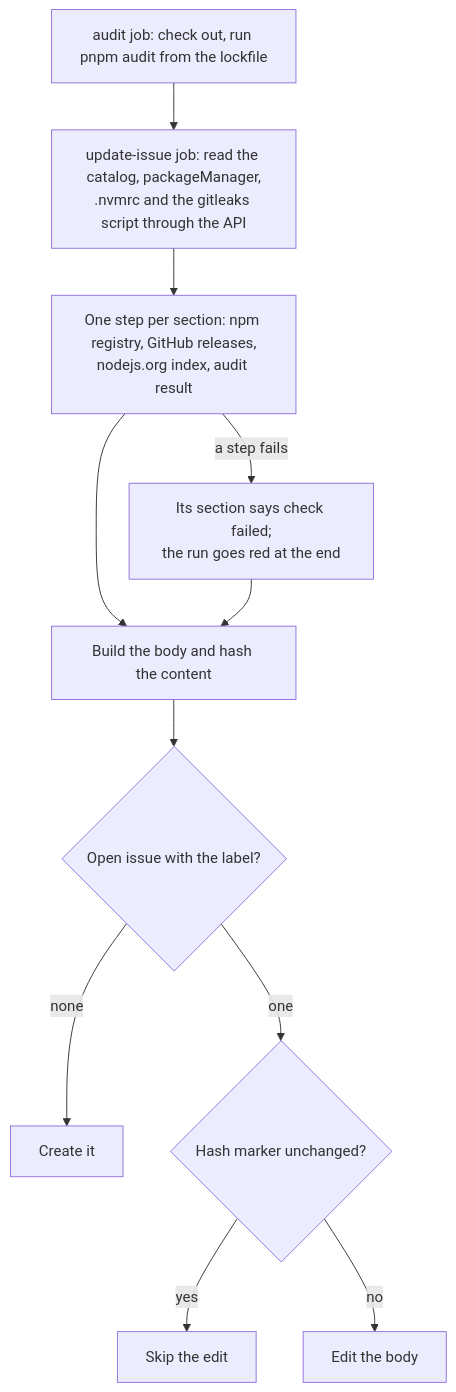
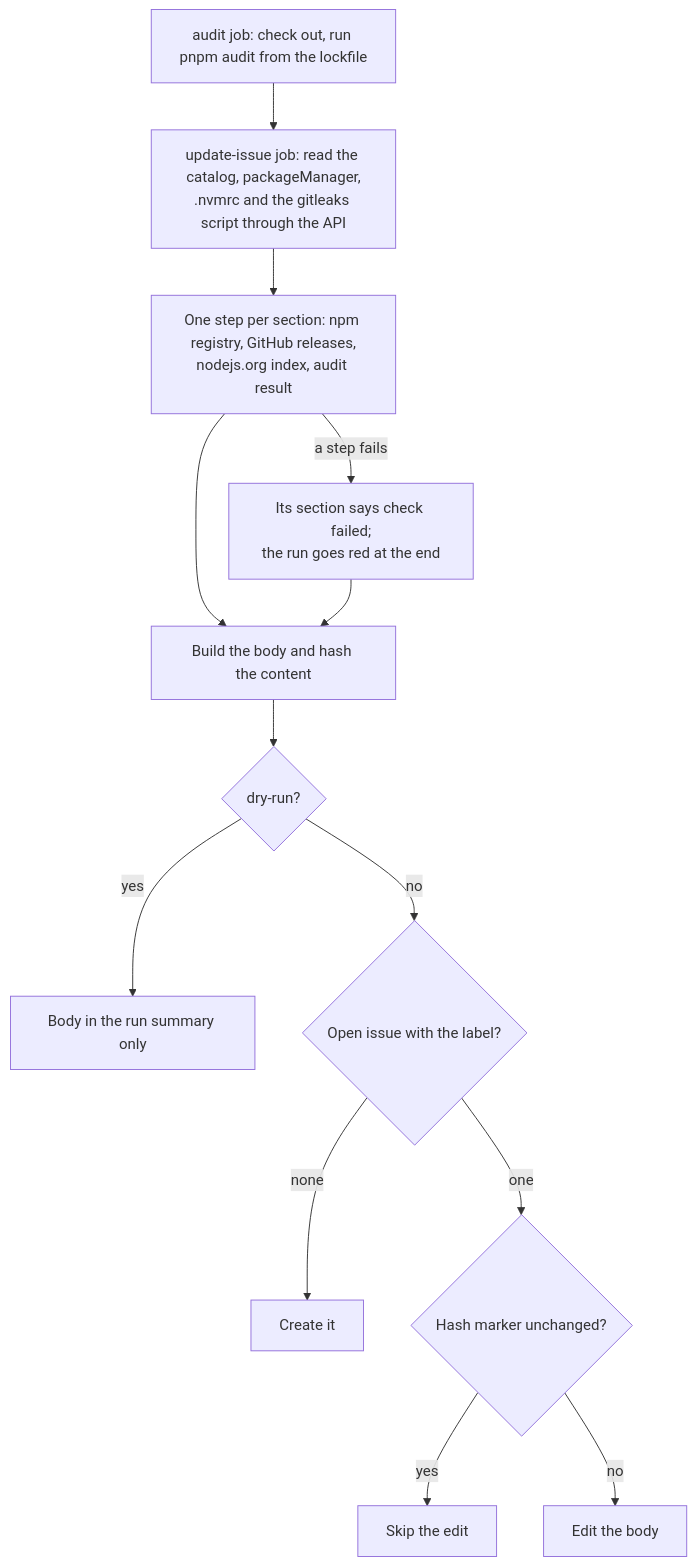
The diagram in README.md (valuecodes/automation), drawn with Mermaid before and after one commit. The commit also changed other lines of this file and 1 other file, not shown here.

Commit message:
feat: add Node.js lifecycle line and dry-run input to the dashboard

````diff
--- a/README.md
+++ b/README.md
@@ -31,13 +37,15 @@
 ```mermaid
 flowchart TD
     A[audit job: check out, run pnpm audit from the lockfile] --> B[update-issue job: read the catalog, packageManager,<br>.nvmrc and the gitleaks script through the API]
     B --> C[One step per section: npm registry, GitHub releases,<br>nodejs.org index, audit result]
     C -- a step fails --> C2[Its section says check failed;<br>the run goes red at the end]
     C --> D[Build the body and hash the content]
     C2 --> D
-    D --> E{Open issue with the label?}
+    D --> DR{dry-run?}
+    DR -- yes --> Z2[Body in the run summary only]
+    DR -- no --> E{Open issue with the label?}
     E -- none --> F[Create it]
     E -- one --> G{Hash marker unchanged?}
     G -- yes --> Z[Skip the edit]
     G -- no --> H[Edit the body]
 ```
````
